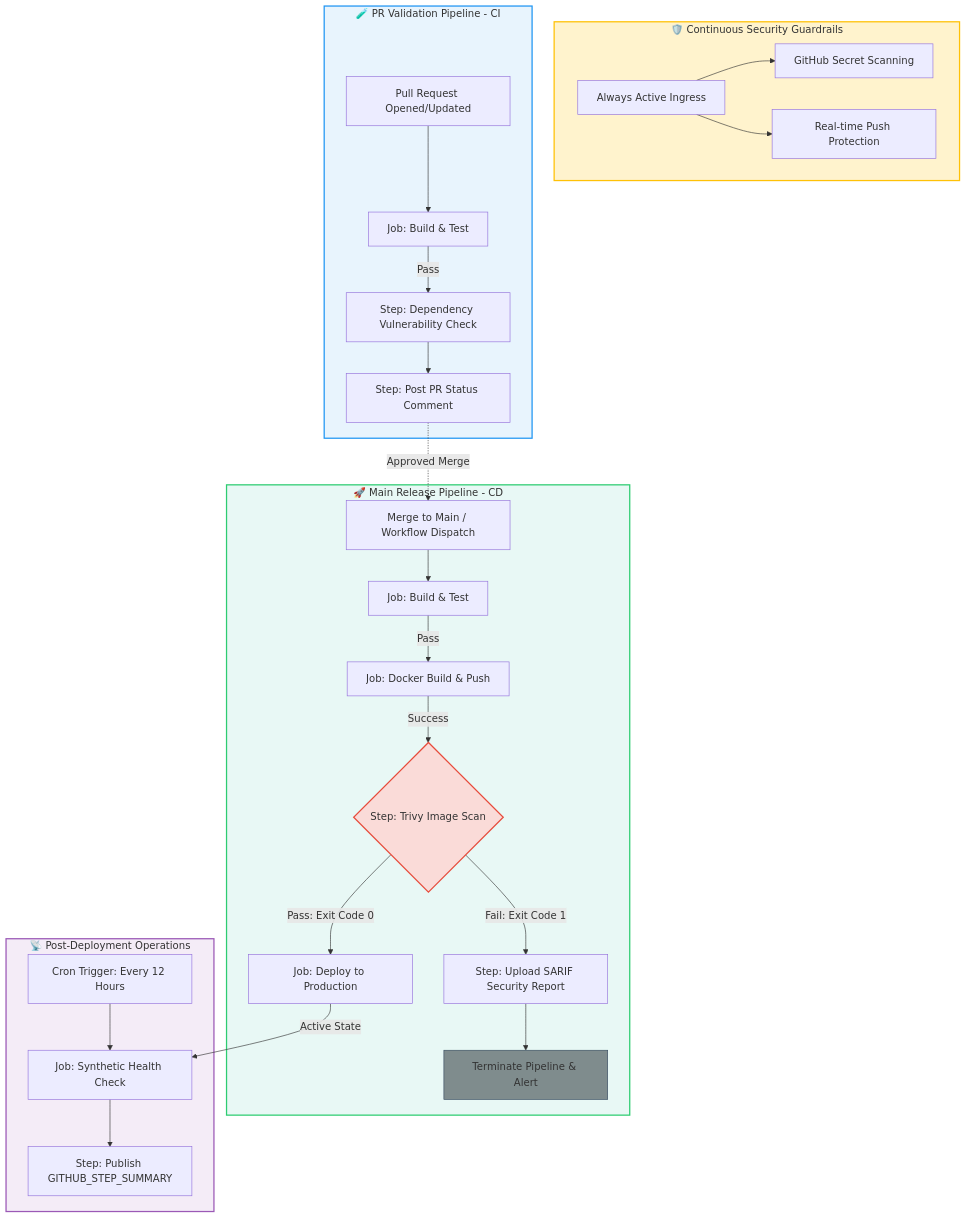
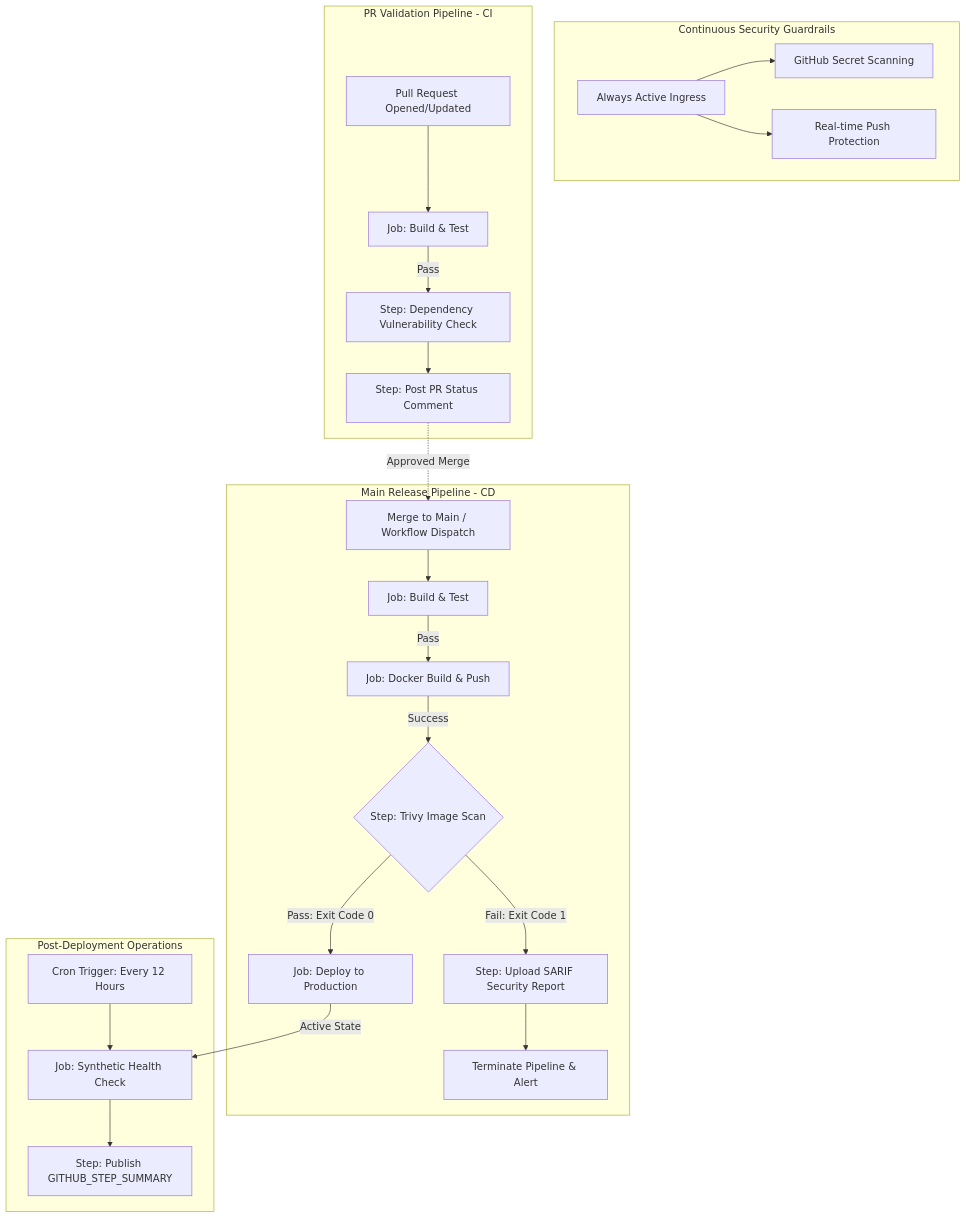
Before and after one commit to Amit5197/90DaysOfDevOps: the diagram in 2026/day-49/day-49-devsecops.md, drawn with Mermaid.

````diff
--- a/2026/day-49/day-49-devsecops.md
+++ b/2026/day-49/day-49-devsecops.md
@@ -183,46 +183,32 @@
 ```mermaid
 graph TD
-    %% Subgraph 1: Global Platform Security (Always On)
-    subgraph Platform_Security ["🛡️ Continuous Security Guardrails"]
+    subgraph Platform_Security ["Continuous Security Guardrails"]
         direction LR
         N[Always Active Ingress] --> O[GitHub Secret Scanning]
         N --> P[Real-time Push Protection]
     end
 
-    %% Subgraph 2: Pull Request Verification Pipeline
-    subgraph CI_Pipeline ["🧪 PR Validation Pipeline - CI"]
+    subgraph CI_Pipeline ["PR Validation Pipeline - CI"]
         A[Pull Request Opened/Updated] --> B[Job: Build & Test]
         B -->|Pass| C[Step: Dependency Vulnerability Check]
         C --> D[Step: Post PR Status Comment]
     end
 
-    %% Subgraph 3: Main Branch Deployment Pipeline
-    subgraph CD_Pipeline ["🚀 Main Release Pipeline - CD"]
+    subgraph CD_Pipeline ["Main Release Pipeline - CD"]
         E[Merge to Main / Workflow Dispatch] --> F[Job: Build & Test]
         F -->|Pass| G[Job: Docker Build & Push]
         G -->|Success| H{Step: Trivy Image Scan}
         
-        %% Trivy Conditionals
         H -->|Pass: Exit Code 0| I[Job: Deploy to Production]
         H -->|Fail: Exit Code 1| J[Step: Upload SARIF Security Report]
         J --> K[Terminate Pipeline & Alert]
     end
 
-    %% Subgraph 4: Scheduled Maintenance & Operations
-    subgraph Ops_Pipeline ["📡 Post-Deployment Operations"]
+    subgraph Ops_Pipeline ["Post-Deployment Operations"]
         L[Cron Trigger: Every 12 Hours] --> M[Job: Synthetic Health Check]
         M --> Q[Step: Publish GITHUB_STEP_SUMMARY]
     end
 
-    %% Cross-Pipeline Connections (Implicit Order)
     D -.->|Approved Merge| E
     I -->|Active State| M
-
-    %% Styling & Aesthetics
-    style Platform_Security fill:#fff3cd,stroke:#ffc107,stroke-width:2px;
-    style CI_Pipeline fill:#e8f4fd,stroke:#2196f3,stroke-width:2px;
-    style CD_Pipeline fill:#e8f8f5,stroke:#2ecc71,stroke-width:2px;
-    style Ops_Pipeline fill:#f4ecf7,stroke:#9b59b6,stroke-width:2px;
-    style H fill:#fadbd8,stroke:#e74c3c,stroke-width:2px;
-    style K fill:#7f8c8d,stroke:#34495e,stroke-width:1px;
 ```
````
